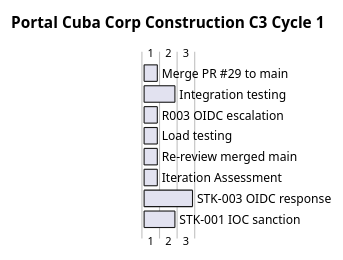
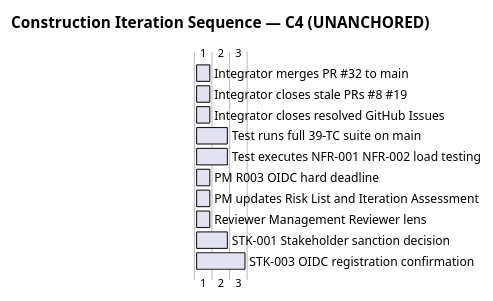
Before and after one commit to banense-test/portal-cuba-corp: the second of 2 diagrams in docs/artifacts/project-management/iteration-plan.md, drawn with PlantUML. The commit also changed other lines of this file, not shown here.

First line of the commit message:
Project Manager [C4]: upsert Iteration Plan

````diff
--- a/docs/artifacts/project-management/iteration-plan.md
+++ b/docs/artifacts/project-management/iteration-plan.md
@@ -80,14 +97,18 @@
 ```plantuml
 @startgantt
-title Portal Cuba Corp Construction C3 Cycle 1
+title Construction Iteration Sequence — C4 (UNANCHORED)
 
-[Merge PR #29 to main] lasts 1 days
-[Integration testing] lasts 2 days
-[R003 OIDC escalation] lasts 1 days
-[Load testing] lasts 1 days
-[Re-review merged main] lasts 1 days
-[Iteration Assessment] lasts 1 days
-[STK-003 OIDC response] lasts 3 days
-[STK-001 IOC sanction] lasts 2 days
+[Integrator merges PR #32 to main] lasts 1 days
+[Integrator closes stale PRs #8 #19] lasts 1 days
+[Integrator closes resolved GitHub Issues] lasts 1 days
+[Test runs full 39-TC suite on main] lasts 2 days
+[Test executes NFR-001 NFR-002 load testing] lasts 2 days
+[PM R003 OIDC hard deadline] lasts 1 days
+[PM updates Risk List and Iteration Assessment] lasts 1 days
+[Reviewer Management Reviewer lens] lasts 1 days
+
+[STK-001 Stakeholder sanction decision] lasts 2 days
+[STK-003 OIDC registration confirmation] lasts 3 days
+
 @endgantt
 ```
````
